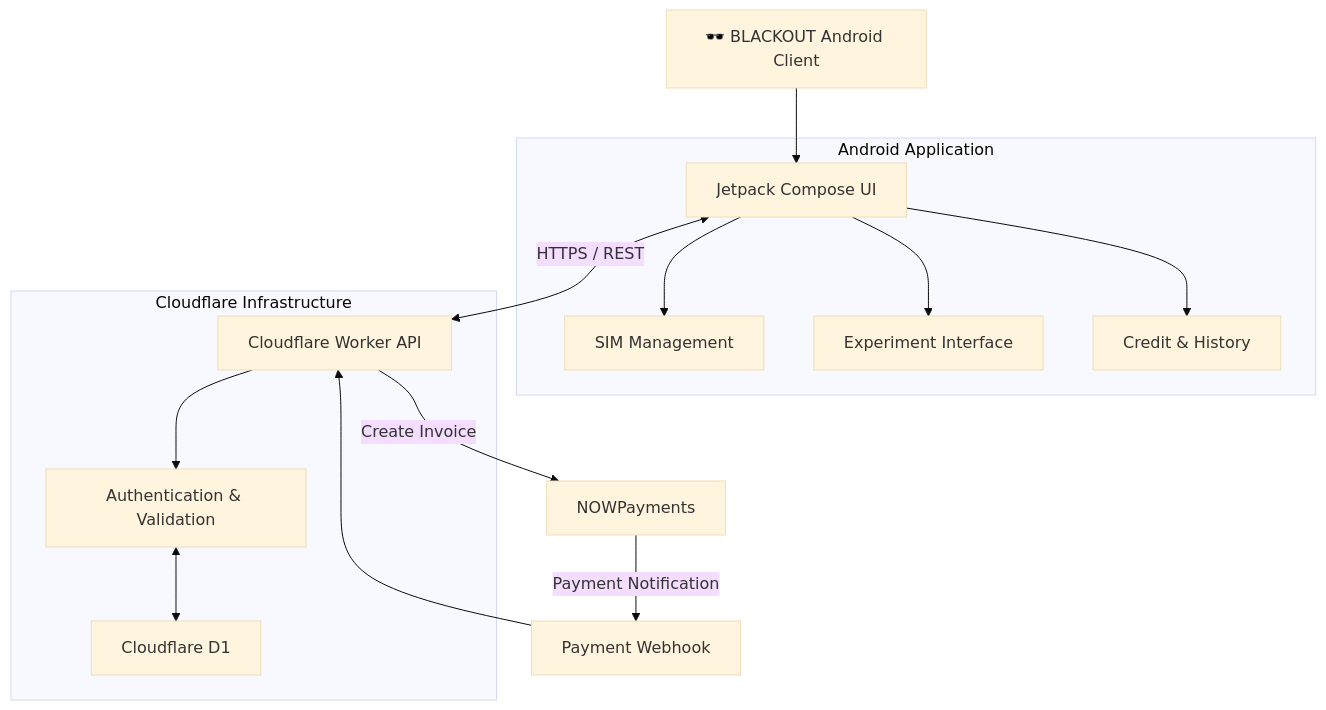
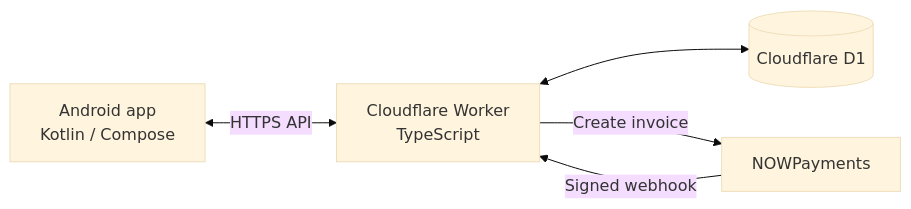
Before and after one commit to Arashxzo/blackout-framework: the diagram in README.md, drawn with Mermaid (base theme). The commit also changed other lines of this file, not shown here.

````diff
--- a/README.md
+++ b/README.md
@@ -107,33 +54,12 @@
 ```mermaid
-flowchart TB
-    A["🕶️ BLACKOUT Android Client"]
+flowchart LR
+    Android["Android app<br/>Kotlin / Compose"]
+    Worker["Cloudflare Worker<br/>TypeScript"]
+    D1[("Cloudflare D1")]
+    Payments["NOWPayments"]
 
-    subgraph ANDROID["Android Application"]
-        B["Jetpack Compose UI"]
-        C["SIM Management"]
-        D["Experiment Interface"]
-        E["Credit & History"]
-    end
-
-    subgraph CLOUD["Cloudflare Infrastructure"]
-        F["Cloudflare Worker API"]
-        G["Authentication & Validation"]
-        H["Cloudflare D1"]
-    end
-
-    I["NOWPayments"]
-    J["Payment Webhook"]
-
-    A --> B
-    B --> C
-    B --> D
-    B --> E
-
-    B <-->|HTTPS / REST| F
-    F --> G
-    G <--> H
-
-    F -->|Create Invoice| I
-    I -->|Payment Notification| J
-    J --> F
+    Android <-->|HTTPS API| Worker
+    Worker <--> D1
+    Worker -->|Create invoice| Payments
+    Payments -->|Signed webhook| Worker
 ```
````
